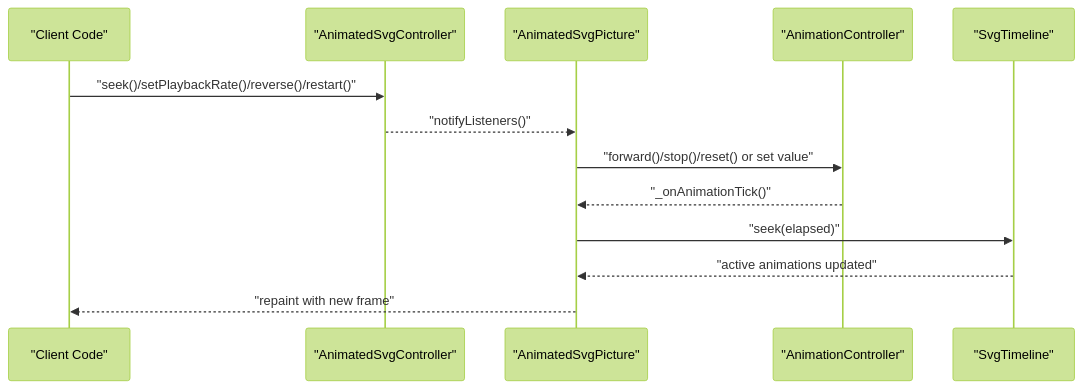
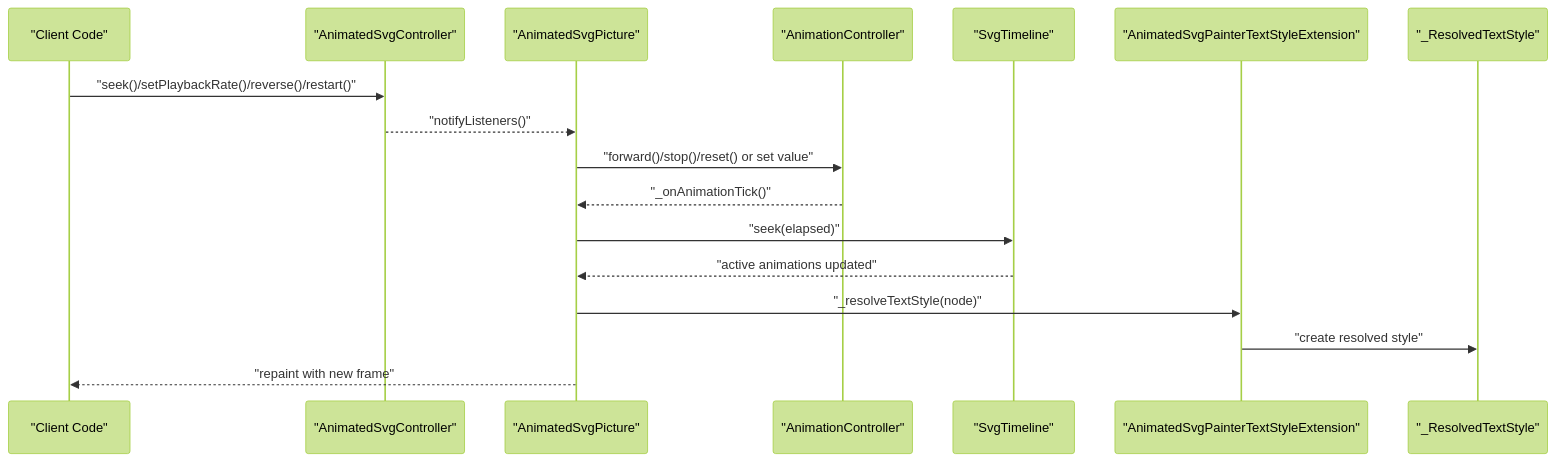
The second of 4 diagrams in .qoder/repowiki/en/content/API Reference/Animation APIs.md (denisnadey/flutter_full_svg_support), drawn with Mermaid (forest theme) before and after one commit. The commit also changed other lines of this file and 5 other files, not shown here.

````diff
--- a/.qoder/repowiki/en/content/API Reference/Animation APIs.md
+++ b/.qoder/repowiki/en/content/API Reference/Animation APIs.md
@@ -83,15 +101,19 @@
 ```mermaid
 sequenceDiagram
 participant Client as "Client Code"
 participant Controller as "AnimatedSvgController"
 participant Picture as "AnimatedSvgPicture"
 participant AC as "AnimationController"
 participant TL as "SvgTimeline"
+participant TextStyleExt as "AnimatedSvgPainterTextStyleExtension"
+participant ResolvedStyle as "_ResolvedTextStyle"
 Client->>Controller : "seek()/setPlaybackRate()/reverse()/restart()"
 Controller-->>Picture : "notifyListeners()"
 Picture->>AC : "forward()/stop()/reset() or set value"
 AC-->>Picture : "_onAnimationTick()"
 Picture->>TL : "seek(elapsed)"
 TL-->>Picture : "active animations updated"
+Picture->>TextStyleExt : "_resolveTextStyle(node)"
+TextStyleExt->>ResolvedStyle : "create resolved style"
 Picture-->>Client : "repaint with new frame"
 ```
````
